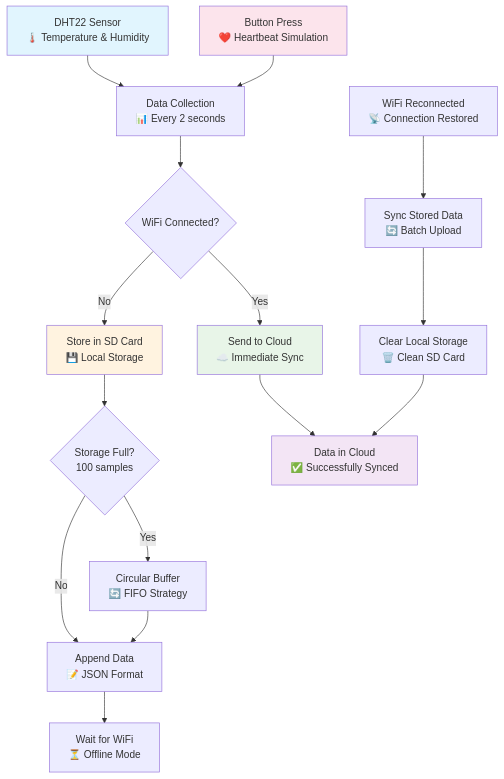
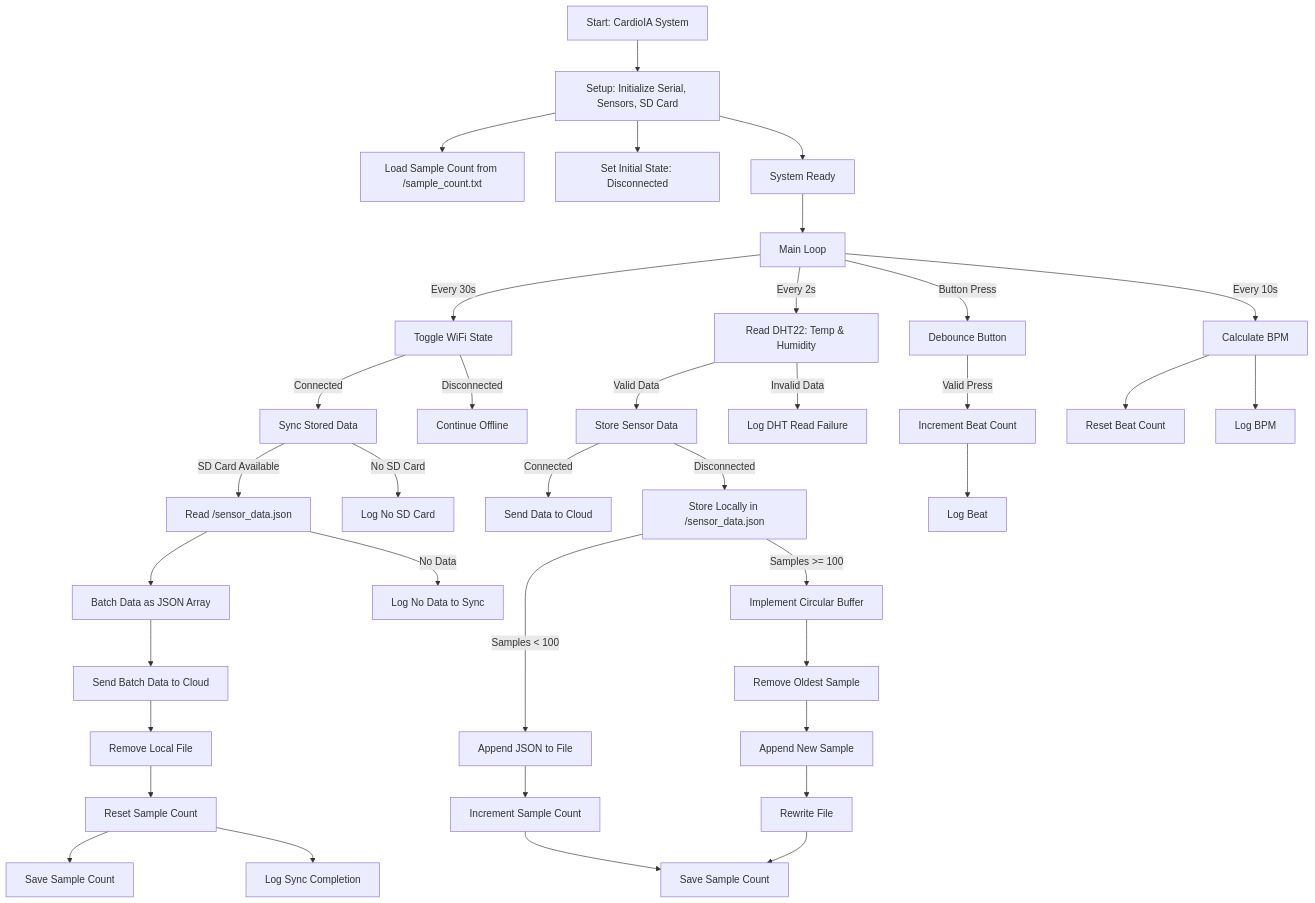
One commit to luisfuturist/activity-fiap-ai-y2p3a1 changed the diagram in part1/assets/report.md. Above: the diagram before and after it, drawn with Mermaid.

Commit message:
feat: update flowchart in report.md to reflect new CardioIA system functionality
- Revise flowchart to illustrate the updated operational flow of the CardioIA system, including data collection, storage strategies, and synchronization processes.
- Enhance clarity on the interaction between components, such as the DHT22 sensor, SD card storage, and cloud synchronization.

````diff
--- a/part1/assets/report.md
+++ b/part1/assets/report.md
@@ -19,29 +19,47 @@
 ```mermaid
-flowchart TD
-    A[DHT22 Sensor<br/>🌡️ Temperature & Humidity] --> B[Data Collection<br/>📊 Every 2 seconds]
-    C[Button Press<br/>❤️ Heartbeat Simulation] --> B
+graph TD
+    A[Start: CardioIA System] --> B[Setup: Initialize Serial, Sensors, SD Card]
+    B --> C[Load Sample Count from /sample_count.txt]
+    B --> D[Set Initial State: Disconnected]
+    B --> E[System Ready]
+
+    E --> F[Main Loop]
+    F -->|Every 30s| G[Toggle WiFi State]
+    G -->|Connected| H[Sync Stored Data]
+    G -->|Disconnected| I[Continue Offline]
     
-    B --> D{WiFi Connected?}
+    F -->|Every 2s| J[Read DHT22: Temp & Humidity]
+    J -->|Valid Data| K[Store Sensor Data]
+    J -->|Invalid Data| L[Log DHT Read Failure]
     
-    D -->|Yes| E[Send to Cloud<br/>☁️ Immediate Sync]
-    D -->|No| F[Store in SD Card<br/>💾 Local Storage]
+    F -->|Button Press| M[Debounce Button]
+    M -->|Valid Press| N[Increment Beat Count]
+    N --> O[Log Beat]
     
-    F --> G{Storage Full?<br/>100 samples}
-    G -->|Yes| H[Circular Buffer<br/>🔄 FIFO Strategy]
-    G -->|No| I[Append Data<br/>📝 JSON Format]
+    F -->|Every 10s| P[Calculate BPM]
+    P --> Q[Reset Beat Count]
+    P --> R[Log BPM]
     
-    H --> I
-    I --> J[Wait for WiFi<br/>⏳ Offline Mode]
+    K -->|Connected| S[Send Data to Cloud]
+    K -->|Disconnected| T[Store Locally in /sensor_data.json]
+    T -->|Samples < 100| U[Append JSON to File]
+    U --> V[Increment Sample Count]
+    V --> W[Save Sample Count]
     
-    K[WiFi Reconnected<br/>📡 Connection Restored] --> L[Sync Stored Data<br/>🔄 Batch Upload]
-    L --> M[Clear Local Storage<br/>🗑️ Clean SD Card]
+    T -->|Samples >= 100| X[Implement Circular Buffer]
+    X --> Y[Remove Oldest Sample]
+    Y --> Z[Append New Sample]
+    Z --> AA[Rewrite File]
+    AA --> W
     
-    E --> N[Data in Cloud<br/>✅ Successfully Synced]
-    M --> N
+    H -->|SD Card Available| AB[Read /sensor_data.json]
+    AB --> AC[Batch Data as JSON Array]
+    AC --> AD[Send Batch Data to Cloud]
+    AD --> AE[Remove Local File]
+    AE --> AF[Reset Sample Count]
+    AF --> AG[Save Sample Count]
+    AF --> AH[Log Sync Completion]
     
-    style A fill:#e1f5fe
-    style C fill:#fce4ec
-    style E fill:#e8f5e8
-    style F fill:#fff3e0
-    style N fill:#f3e5f5
+    H -->|No SD Card| AI[Log No SD Card]
+    AB -->|No Data| AJ[Log No Data to Sync]
 ```
````
